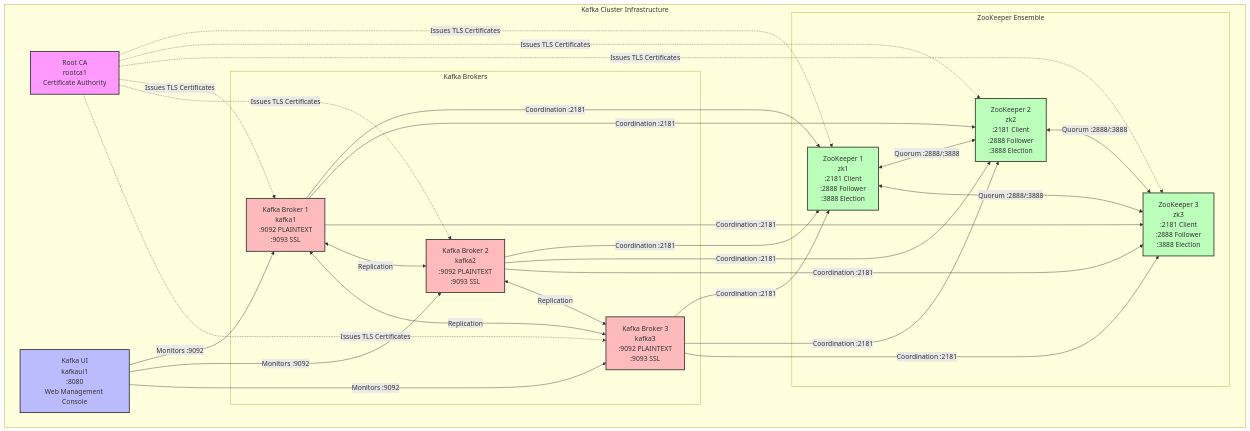
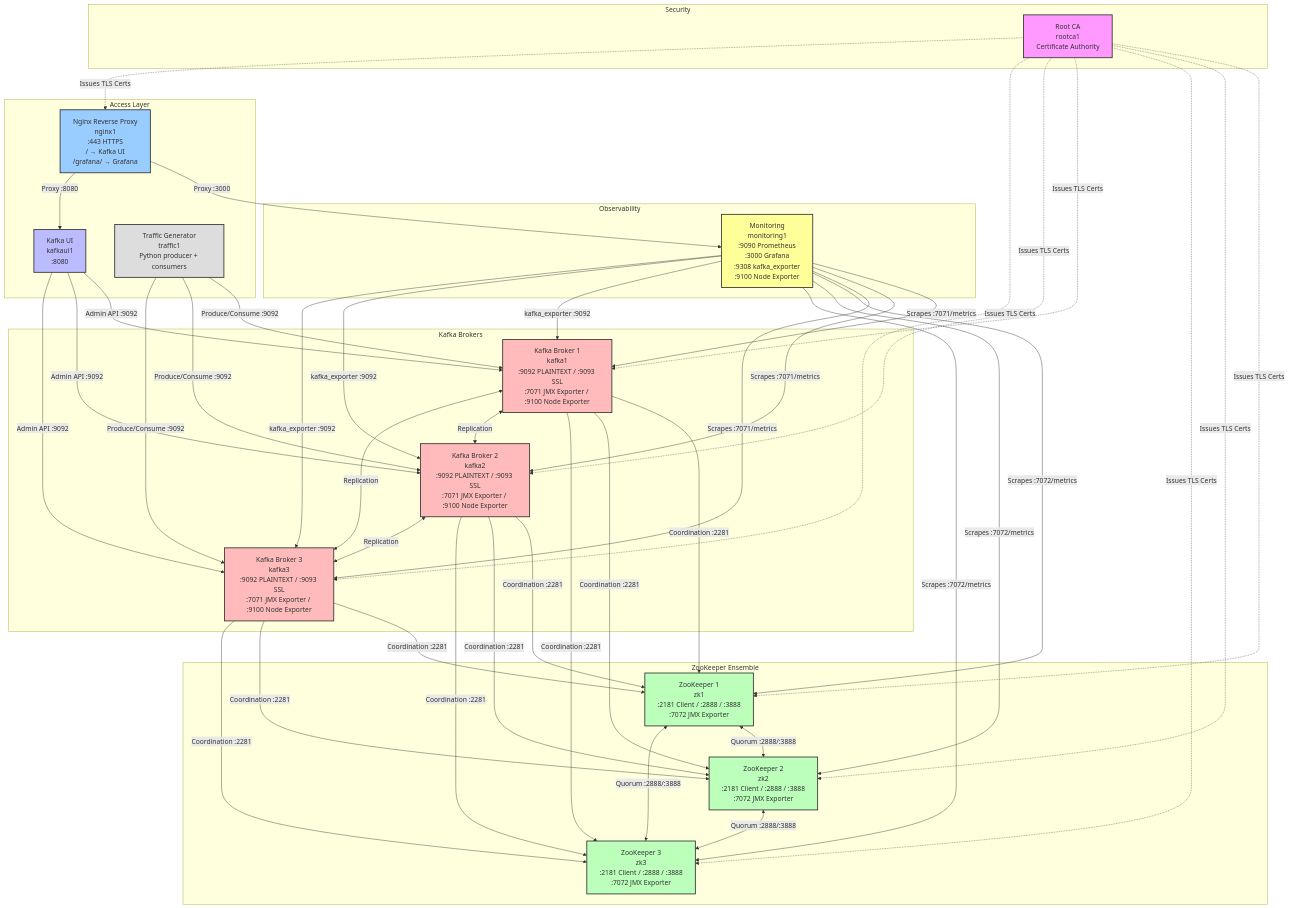
The first of 2 diagrams in docs/ARCHITECTURE.md (AgentWong/kafka-ansible-collection), drawn with Mermaid before and after one commit. The commit also changed other lines of this file and 44 other files, not shown here.

First line of the commit message:
Add Kafka and ZooKeeper monitoring dashboards, traffic generator, and JMX exporter role

````diff
--- a/docs/ARCHITECTURE.md
+++ b/docs/ARCHITECTURE.md
@@ -9,60 +13,87 @@
 ```mermaid
 graph TB
-    subgraph "Kafka Cluster Infrastructure"
+    subgraph "Security"
         CA[Root CA<br/>rootca1<br/>Certificate Authority]
-
-        subgraph "ZooKeeper Ensemble"
-            ZK1[ZooKeeper 1<br/>zk1<br/>:2181 Client<br/>:2888 Follower<br/>:3888 Election]
-            ZK2[ZooKeeper 2<br/>zk2<br/>:2181 Client<br/>:2888 Follower<br/>:3888 Election]
-            ZK3[ZooKeeper 3<br/>zk3<br/>:2181 Client<br/>:2888 Follower<br/>:3888 Election]
-        end
-
-        subgraph "Kafka Brokers"
-            K1[Kafka Broker 1<br/>kafka1<br/>:9092 PLAINTEXT<br/>:9093 SSL]
-            K2[Kafka Broker 2<br/>kafka2<br/>:9092 PLAINTEXT<br/>:9093 SSL]
-            K3[Kafka Broker 3<br/>kafka3<br/>:9092 PLAINTEXT<br/>:9093 SSL]
-        end
-
-        UI[Kafka UI<br/>kafkaui1<br/>:8080<br/>Web Management Console]
     end
 
-    CA -.->|Issues TLS Certificates| ZK1
-    CA -.->|Issues TLS Certificates| ZK2
-    CA -.->|Issues TLS Certificates| ZK3
-    CA -.->|Issues TLS Certificates| K1
-    CA -.->|Issues TLS Certificates| K2
-    CA -.->|Issues TLS Certificates| K3
+    subgraph "ZooKeeper Ensemble"
+        ZK1[ZooKeeper 1<br/>zk1<br/>:2181 Client / :2888 / :3888<br/>:7072 JMX Exporter]
+        ZK2[ZooKeeper 2<br/>zk2<br/>:2181 Client / :2888 / :3888<br/>:7072 JMX Exporter]
+        ZK3[ZooKeeper 3<br/>zk3<br/>:2181 Client / :2888 / :3888<br/>:7072 JMX Exporter]
+    end
+
+    subgraph "Kafka Brokers"
+        K1[Kafka Broker 1<br/>kafka1<br/>:9092 PLAINTEXT / :9093 SSL<br/>:7071 JMX Exporter / :9100 Node Exporter]
+        K2[Kafka Broker 2<br/>kafka2<br/>:9092 PLAINTEXT / :9093 SSL<br/>:7071 JMX Exporter / :9100 Node Exporter]
+        K3[Kafka Broker 3<br/>kafka3<br/>:9092 PLAINTEXT / :9093 SSL<br/>:7071 JMX Exporter / :9100 Node Exporter]
+    end
+
+    subgraph "Observability"
+        MON[Monitoring<br/>monitoring1<br/>:9090 Prometheus<br/>:3000 Grafana<br/>:9308 kafka_exporter<br/>:9100 Node Exporter]
+    end
+
+    subgraph "Access Layer"
+        NGX[Nginx Reverse Proxy<br/>nginx1<br/>:443 HTTPS<br/>/ → Kafka UI<br/>/grafana/ → Grafana]
+        UI[Kafka UI<br/>kafkaui1<br/>:8080]
+        TRF[Traffic Generator<br/>traffic1<br/>Python producer + consumers]
+    end
+
+    CA -.->|Issues TLS Certs| ZK1
+    CA -.->|Issues TLS Certs| ZK2
+    CA -.->|Issues TLS Certs| ZK3
+    CA -.->|Issues TLS Certs| K1
+    CA -.->|Issues TLS Certs| K2
+    CA -.->|Issues TLS Certs| K3
+    CA -.->|Issues TLS Certs| NGX
 
     ZK1 <-->|Quorum :2888/:3888| ZK2
     ZK2 <-->|Quorum :2888/:3888| ZK3
     ZK3 <-->|Quorum :2888/:3888| ZK1
 
-    K1 -->|Coordination :2181| ZK1
-    K1 -->|Coordination :2181| ZK2
-    K1 -->|Coordination :2181| ZK3
-
-    K2 -->|Coordination :2181| ZK1
-    K2 -->|Coordination :2181| ZK2
-    K2 -->|Coordination :2181| ZK3
-
-    K3 -->|Coordination :2181| ZK1
-    K3 -->|Coordination :2181| ZK2
-    K3 -->|Coordination :2181| ZK3
+    K1 -->|Coordination :2281| ZK1
+    K1 -->|Coordination :2281| ZK2
+    K1 -->|Coordination :2281| ZK3
+    K2 -->|Coordination :2281| ZK1
+    K2 -->|Coordination :2281| ZK2
+    K2 -->|Coordination :2281| ZK3
+    K3 -->|Coordination :2281| ZK1
+    K3 -->|Coordination :2281| ZK2
+    K3 -->|Coordination :2281| ZK3
 
     K1 <-->|Replication| K2
     K2 <-->|Replication| K3
     K3 <-->|Replication| K1
 
-    UI -->|Monitors :9092| K1
-    UI -->|Monitors :9092| K2
-    UI -->|Monitors :9092| K3
+    MON -->|Scrapes :7071/metrics| K1
+    MON -->|Scrapes :7071/metrics| K2
+    MON -->|Scrapes :7071/metrics| K3
+    MON -->|Scrapes :7072/metrics| ZK1
+    MON -->|Scrapes :7072/metrics| ZK2
+    MON -->|Scrapes :7072/metrics| ZK3
+    MON -->|kafka_exporter :9092| K1
+    MON -->|kafka_exporter :9092| K2
+    MON -->|kafka_exporter :9092| K3
+
+    UI -->|Admin API :9092| K1
+    UI -->|Admin API :9092| K2
+    UI -->|Admin API :9092| K3
+
+    NGX -->|Proxy :3000| MON
+    NGX -->|Proxy :8080| UI
+
+    TRF -->|Produce/Consume :9092| K1
+    TRF -->|Produce/Consume :9092| K2
+    TRF -->|Produce/Consume :9092| K3
 
     style CA fill:#f9f,stroke:#333,stroke-width:2px
-    style UI fill:#bbf,stroke:#333,stroke-width:2px
     style ZK1 fill:#bfb,stroke:#333,stroke-width:2px
     style ZK2 fill:#bfb,stroke:#333,stroke-width:2px
     style ZK3 fill:#bfb,stroke:#333,stroke-width:2px
     style K1 fill:#fbb,stroke:#333,stroke-width:2px
     style K2 fill:#fbb,stroke:#333,stroke-width:2px
     style K3 fill:#fbb,stroke:#333,stroke-width:2px
+    style MON fill:#ff9,stroke:#333,stroke-width:2px
+    style NGX fill:#9cf,stroke:#333,stroke-width:2px
+    style UI fill:#bbf,stroke:#333,stroke-width:2px
+    style TRF fill:#ddd,stroke:#333,stroke-width:2px
 ```
````
